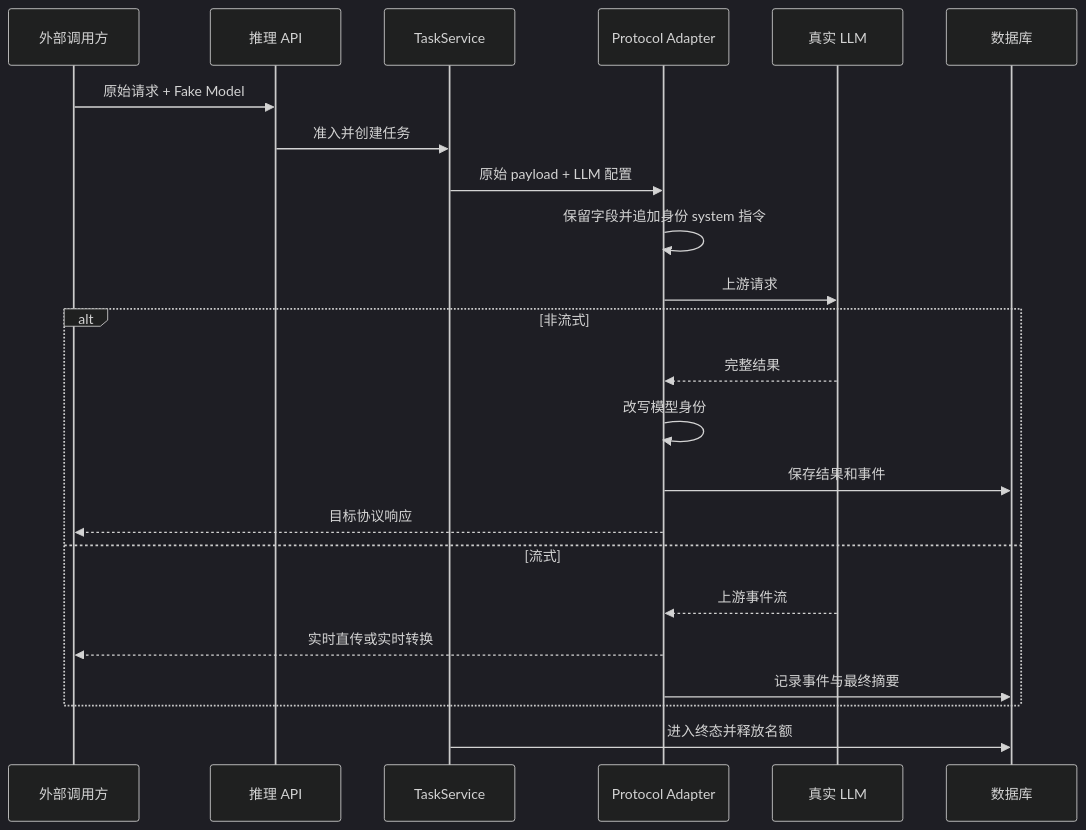
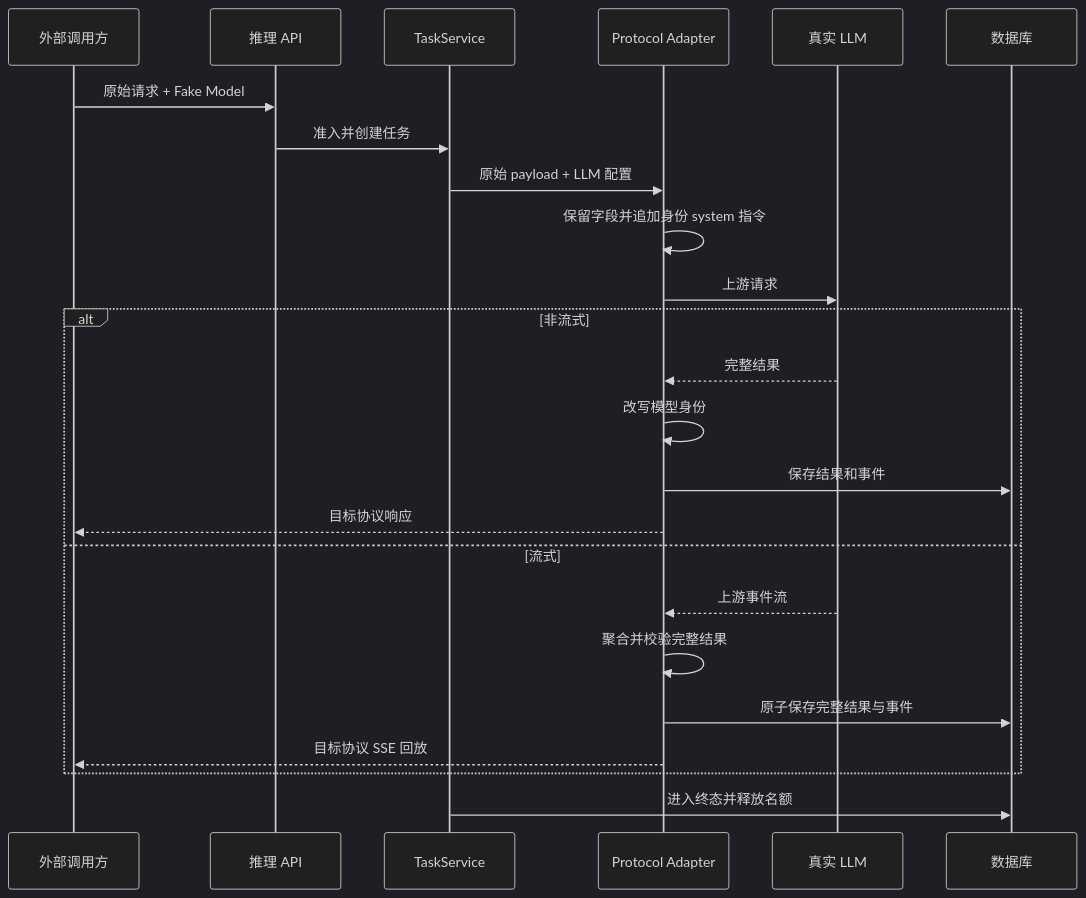
Before and after one commit to GuSheng107/human-llm-gateway: the sixth of 10 diagrams in docs/ARCHITECTURE.md, drawn with Mermaid (dark theme). The commit also changed other lines of this file and 14 other files, not shown here.

````diff
--- a/docs/ARCHITECTURE.md
+++ b/docs/ARCHITECTURE.md
@@ -197,26 +197,27 @@
 ```mermaid
 sequenceDiagram
     participant C as 外部调用方
     participant A as 推理 API
     participant T as TaskService
     participant P as Protocol Adapter
     participant L as 真实 LLM
     participant DB as 数据库
 
     C->>A: 原始请求 + Fake Model
     A->>T: 准入并创建任务
     T->>P: 原始 payload + LLM 配置
     P->>P: 保留字段并追加身份 system 指令
     P->>L: 上游请求
     alt 非流式
         L-->>P: 完整结果
         P->>P: 改写模型身份
         P->>DB: 保存结果和事件
         P-->>C: 目标协议响应
     else 流式
         L-->>P: 上游事件流
-        P-->>C: 实时直传或实时转换
-        P->>DB: 记录事件与最终摘要
+        P->>P: 聚合并校验完整结果
+        P->>DB: 原子保存完整结果与事件
+        P-->>C: 目标协议 SSE 回放
     end
     T->>DB: 进入终态并释放名额
 ```
````
